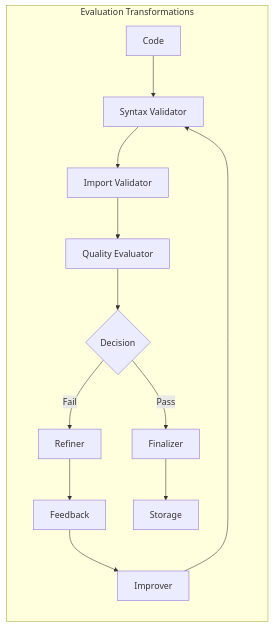
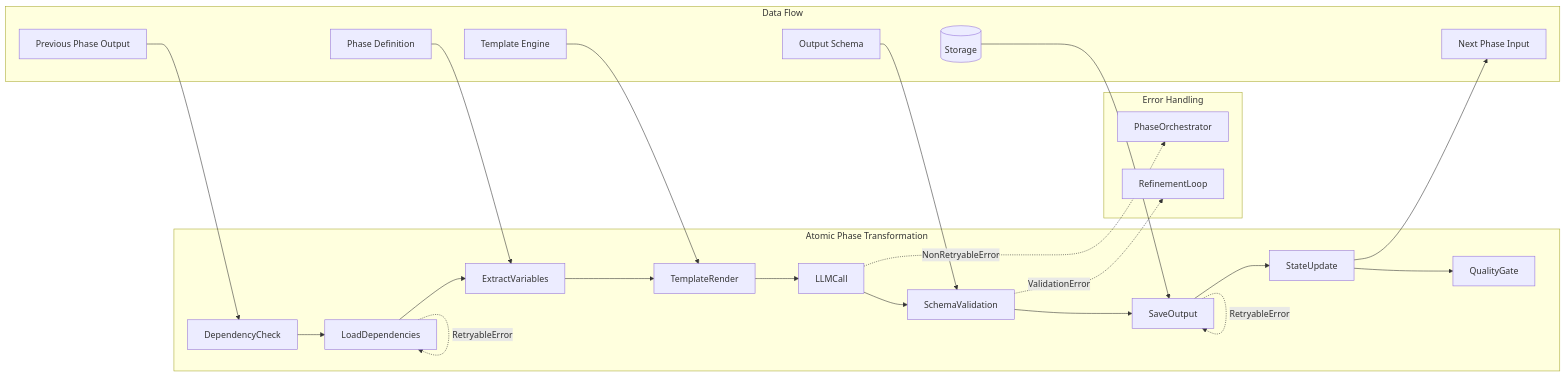
One commit to fblgit/agentool changed the fourth of 6 diagrams in docs/DATA_FLOW_REQUIREMENTS.md. Above: the diagram before and after it, drawn with Mermaid. The commit also changed other lines of this file and 7 other files, not shown here.

````diff
--- a/docs/DATA_FLOW_REQUIREMENTS.md
+++ b/docs/DATA_FLOW_REQUIREMENTS.md
@@ -276,15 +257,29 @@
 ```mermaid
 graph LR
-    subgraph "Evaluation Transformations"
-        CD[Code] --> SV[Syntax Validator]
-        SV --> IV[Import Validator]
-        IV --> QE[Quality Evaluator]
-        QE --> DEC{Decision}
-        DEC -->|Pass| FIN[Finalizer]
-        DEC -->|Fail| REF[Refiner]
-        REF --> FB[Feedback]
-        FB --> IMP[Improver]
-        IMP --> SV
-        FIN --> ST[Storage]
+    subgraph "Atomic Phase Transformation"
+        DC[DependencyCheck] --> LD[LoadDependencies]
+        LD --> EV[ExtractVariables]
+        EV --> TR[TemplateRender]
+        TR --> LC[LLMCall]
+        LC --> SV[SchemaValidation]
+        SV --> SO[SaveOutput]
+        SO --> SU[StateUpdate]
+        SU --> QG[QualityGate]
+    end
+    
+    subgraph "Error Handling"
+        LD -.->|RetryableError| LD
+        SO -.->|RetryableError| SO
+        LC -.->|NonRetryableError| PO[PhaseOrchestrator]
+        SV -.->|ValidationError| RF[RefinementLoop]
+    end
+    
+    subgraph "Data Flow"
+        PrevPhase[Previous Phase Output] --> DC
+        PhDef[Phase Definition] --> EV
+        TmplEng[Template Engine] --> TR
+        Schema[Output Schema] --> SV
+        Storage[(Storage)] --> SO
+        SU --> NextPhase[Next Phase Input]
     end
 ```
````
